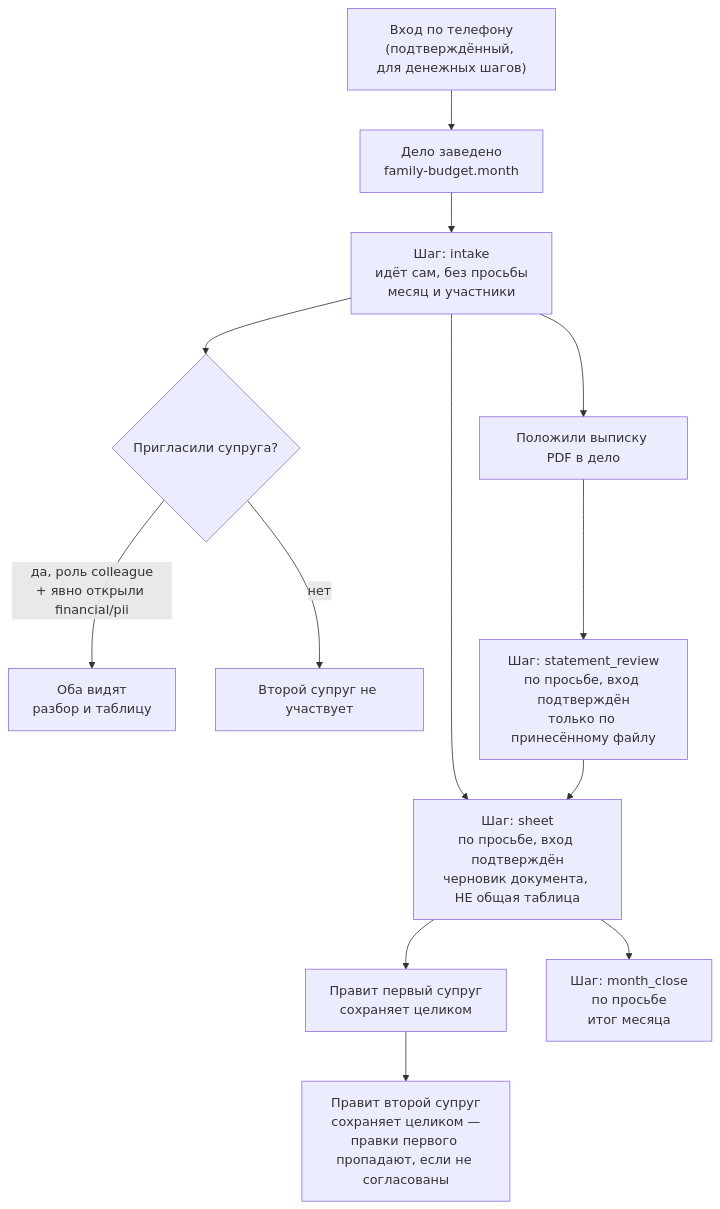
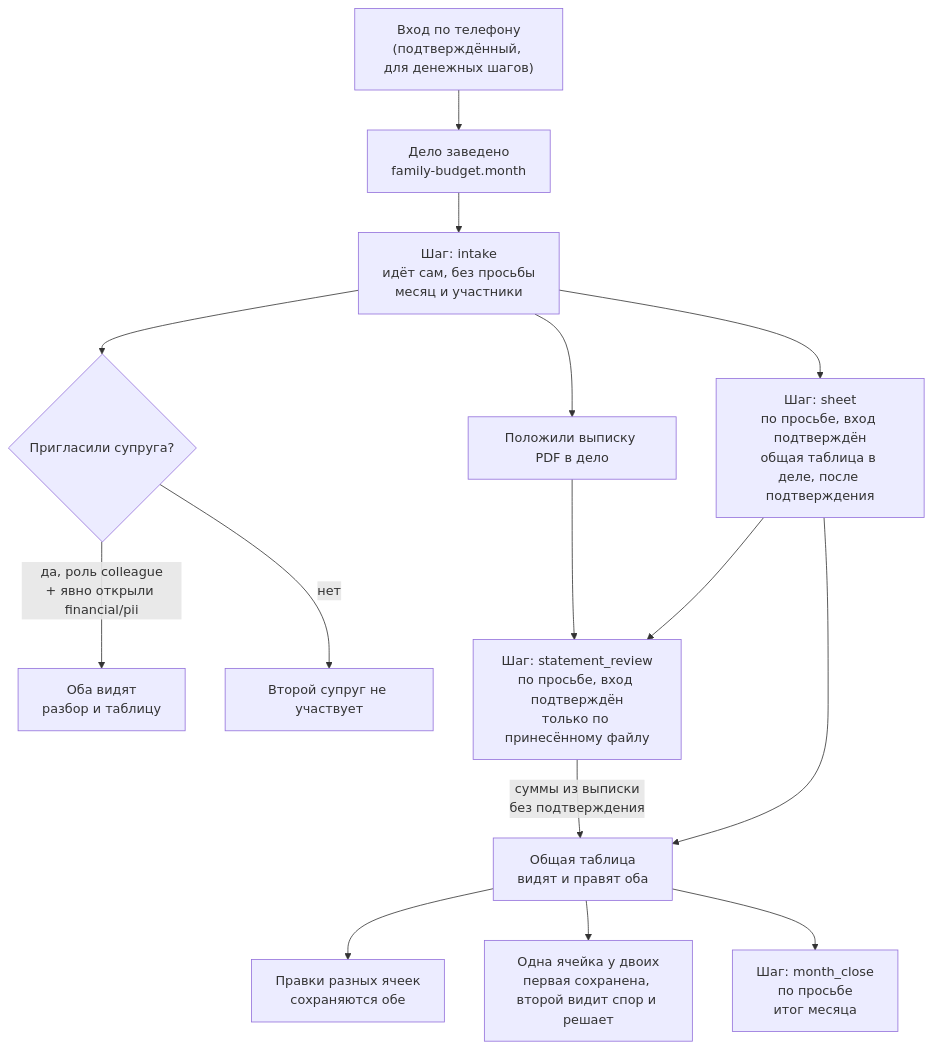
One commit to lech2000/fixar-packs changed the first of 2 diagrams in packs/example/family-budget/README.md. Above: the diagram before and after it, drawn with Mermaid. The commit also changed other lines of this file and 8 other files, not shown here.

First line of the commit message:
family-budget 1.2.0: таблица бюджета — общая таблица в деле, которую правят оба

````diff
--- a/packs/example/family-budget/README.md
+++ b/packs/example/family-budget/README.md
@@ -164,15 +187,17 @@
 ```mermaid
 graph TD
   A["Вход по телефону<br/>(подтверждённый, для денежных шагов)"] --> B["Дело заведено<br/>family-budget.month"]
   B --> C["Шаг: intake<br/>идёт сам, без просьбы<br/>месяц и участники"]
   C --> D{"Пригласили супруга?"}
   D -->|"да, роль colleague<br/>+ явно открыли financial/pii"| E["Оба видят<br/>разбор и таблицу"]
   D -->|"нет"| F["Второй супруг не участвует"]
   C --> G["Положили выписку PDF в дело"]
   G --> H["Шаг: statement_review<br/>по просьбе, вход подтверждён<br/>только по принесённому файлу"]
-  C --> I["Шаг: sheet<br/>по просьбе, вход подтверждён<br/>черновик документа, НЕ общая таблица"]
-  H --> I
-  I --> J["Правит первый супруг<br/>сохраняет целиком"]
-  J --> K["Правит второй супруг<br/>сохраняет целиком —<br/>правки первого пропадают, если не согласованы"]
-  I --> L["Шаг: month_close<br/>по просьбе<br/>итог месяца"]
+  C --> I["Шаг: sheet<br/>по просьбе, вход подтверждён<br/>общая таблица в деле, после подтверждения"]
+  I --> H
+  H -->|"суммы из выписки<br/>без подтверждения"| T["Общая таблица<br/>видят и правят оба"]
+  I --> T
+  T --> J["Правки разных ячеек<br/>сохраняются обе"]
+  T --> K["Одна ячейка у двоих<br/>первая сохранена, второй видит спор и решает"]
+  T --> L["Шаг: month_close<br/>по просьбе<br/>итог месяца"]
 ```
````
